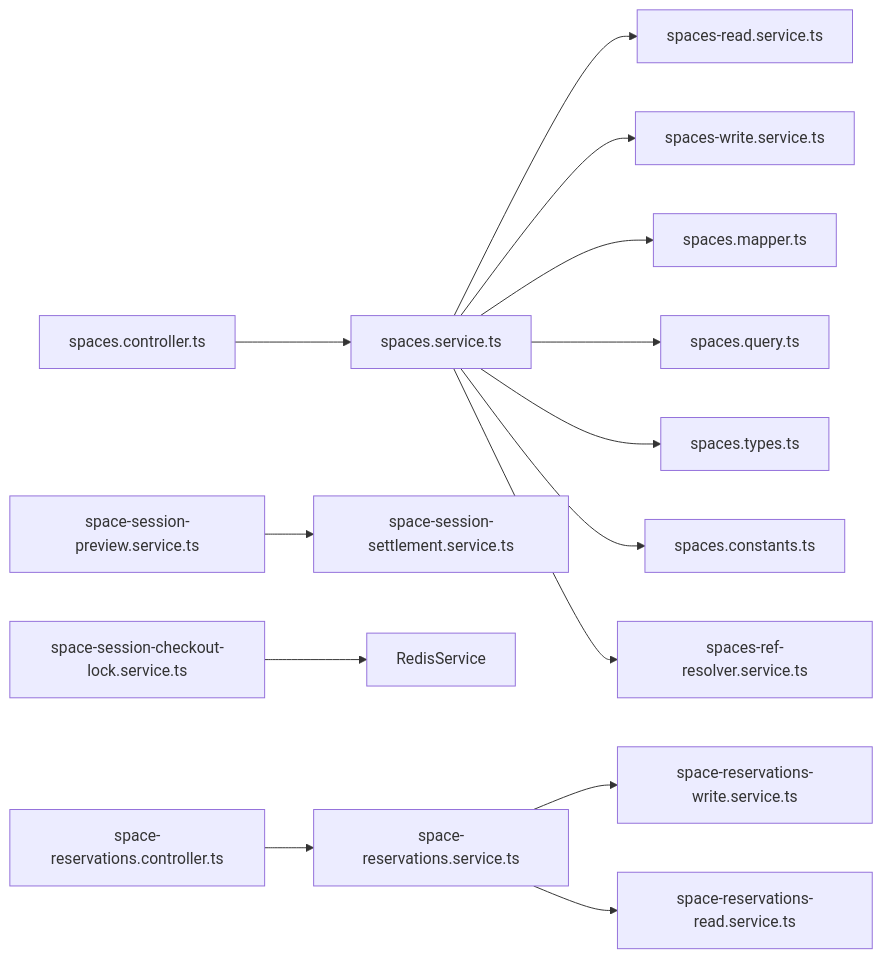
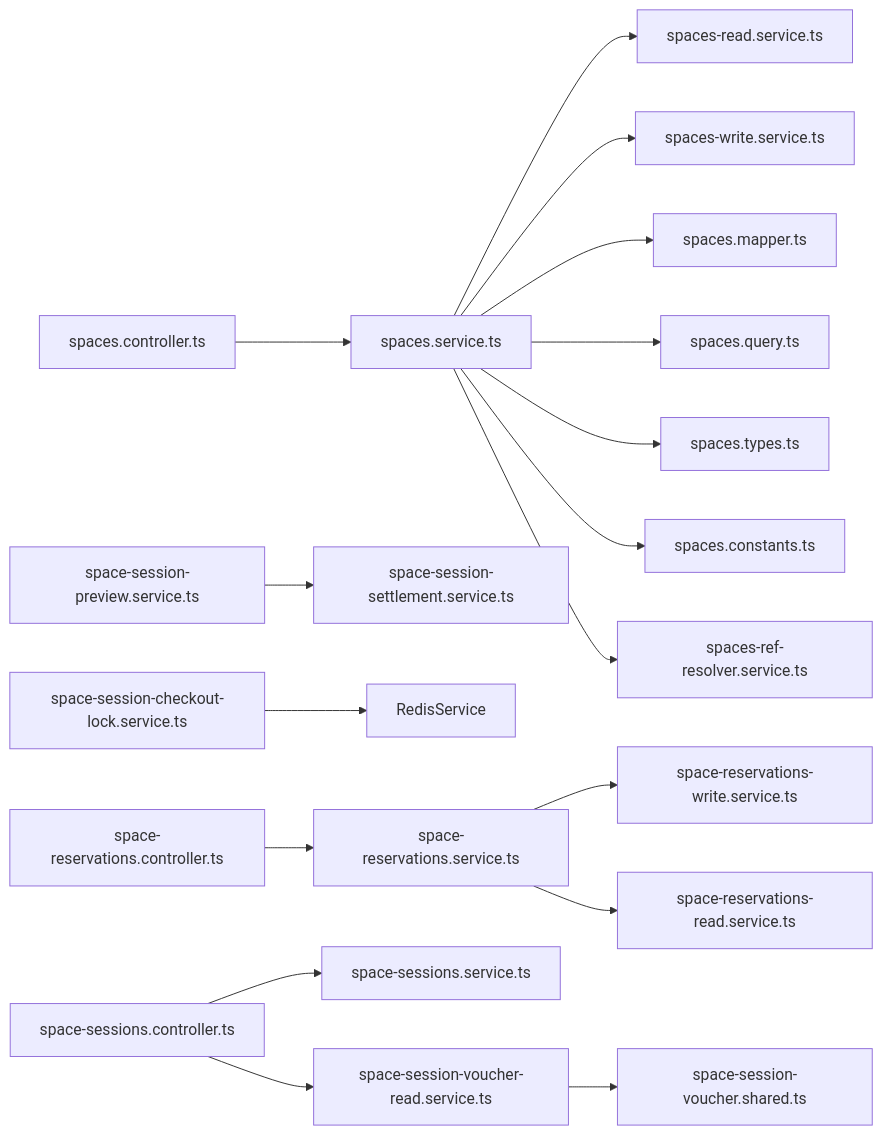
Before and after one commit to rc558620/purelyprofit-server: diagram 12 of 12 in .qoder/repowiki/zh/content/业务模块/运营管理模块/空间管理.md, drawn with Mermaid. The commit also changed other lines of this file and 40 other files, not shown here.

````diff
--- a/.qoder/repowiki/zh/content/业务模块/运营管理模块/空间管理.md
+++ b/.qoder/repowiki/zh/content/业务模块/运营管理模块/空间管理.md
@@ -776,16 +831,19 @@
 ```mermaid
 graph LR
 Controller["spaces.controller.ts"] --> Service["spaces.service.ts"]
 Service --> Read["spaces-read.service.ts"]
 Service --> Write["spaces-write.service.ts"]
 Service --> Mapper["spaces.mapper.ts"]
 Service --> Query["spaces.query.ts"]
 Service --> Types["spaces.types.ts"]
 Service --> Const["spaces.constants.ts"]
 Service --> Ref["spaces-ref-resolver.service.ts"]
 Preview["space-session-preview.service.ts"] --> Settlement["space-session-settlement.service.ts"]
 CheckoutLock["space-session-checkout-lock.service.ts"] --> Redis["RedisService"]
 ResCtrl["space-reservations.controller.ts"] --> ResSvc["space-reservations.service.ts"]
 ResSvc --> ResWrite["space-reservations-write.service.ts"]
 ResSvc --> ResRead["space-reservations-read.service.ts"]
+SessionsCtrl["space-sessions.controller.ts"] --> SessionsSvc["space-sessions.service.ts"]
+SessionsCtrl --> VoucherRead["space-session-voucher-read.service.ts"]
+VoucherRead --> VoucherShared["space-session-voucher.shared.ts"]
 ```
````
